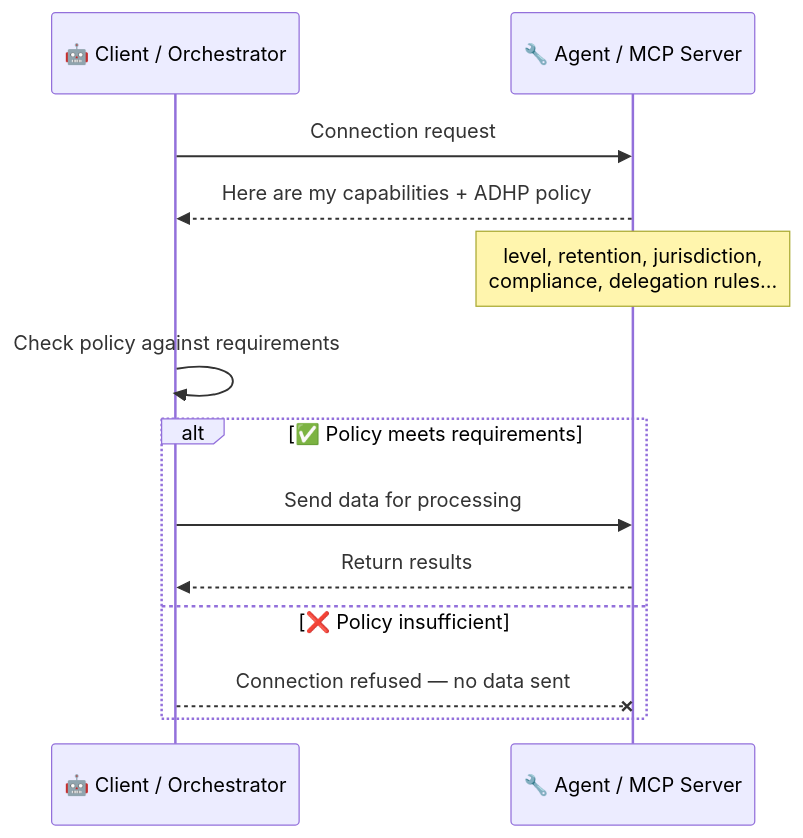
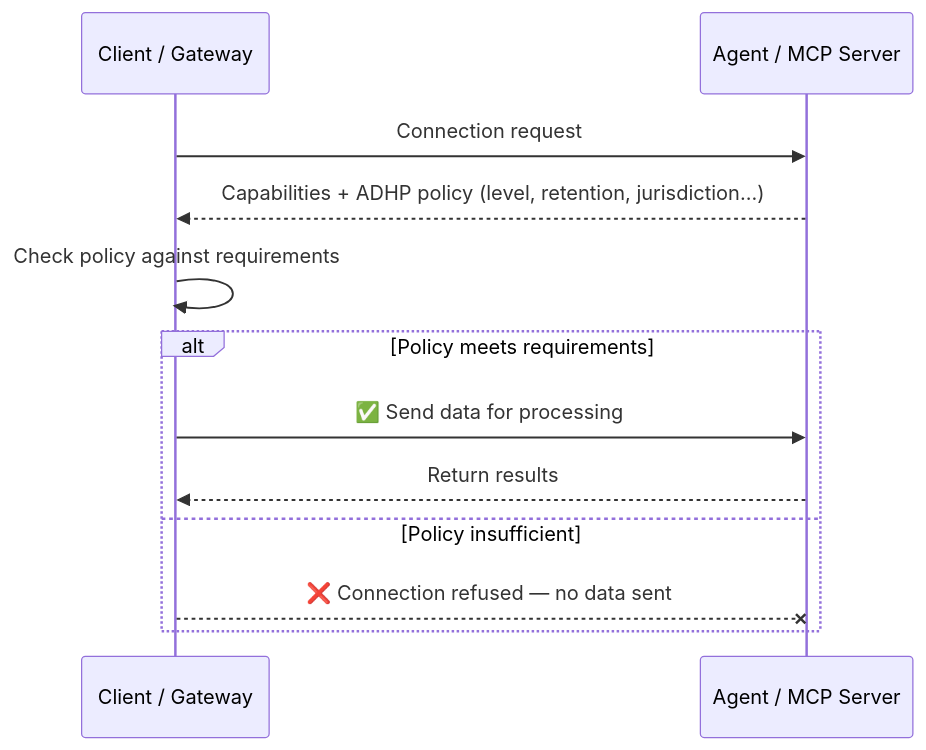
One commit to StevenJohnson998/agent-data-handling-policy changed the third of 4 diagrams in README.md. Above: the diagram before and after it, drawn with Mermaid. The commit also changed other lines of this file, not shown here.

Commit message:
flowchart improvement

````diff
--- a/README.md
+++ b/README.md
@@ -107,18 +89,15 @@
 ```mermaid
 sequenceDiagram
-    participant C as 🤖 Client / Orchestrator
-    participant S as 🔧 Agent / MCP Server
+    participant C as Client / Gateway
+    participant S as Agent / MCP Server
 
     C->>S: Connection request
-    S-->>C: Here are my capabilities + ADHP policy
-    Note over S: level, retention, jurisdiction,<br/>compliance, delegation rules...
-
+    S-->>C: Capabilities + ADHP policy (level, retention, jurisdiction...)
     C->>C: Check policy against requirements
-
-    alt ✅ Policy meets requirements
-        C->>S: Send data for processing
+    alt Policy meets requirements
+        C->>S: ✅ Send data for processing
         S-->>C: Return results
-    else ❌ Policy insufficient
-        C--xS: Connection refused — no data sent
+    else Policy insufficient
+        C--xS: ❌ Connection refused — no data sent
     end
 ```
````
